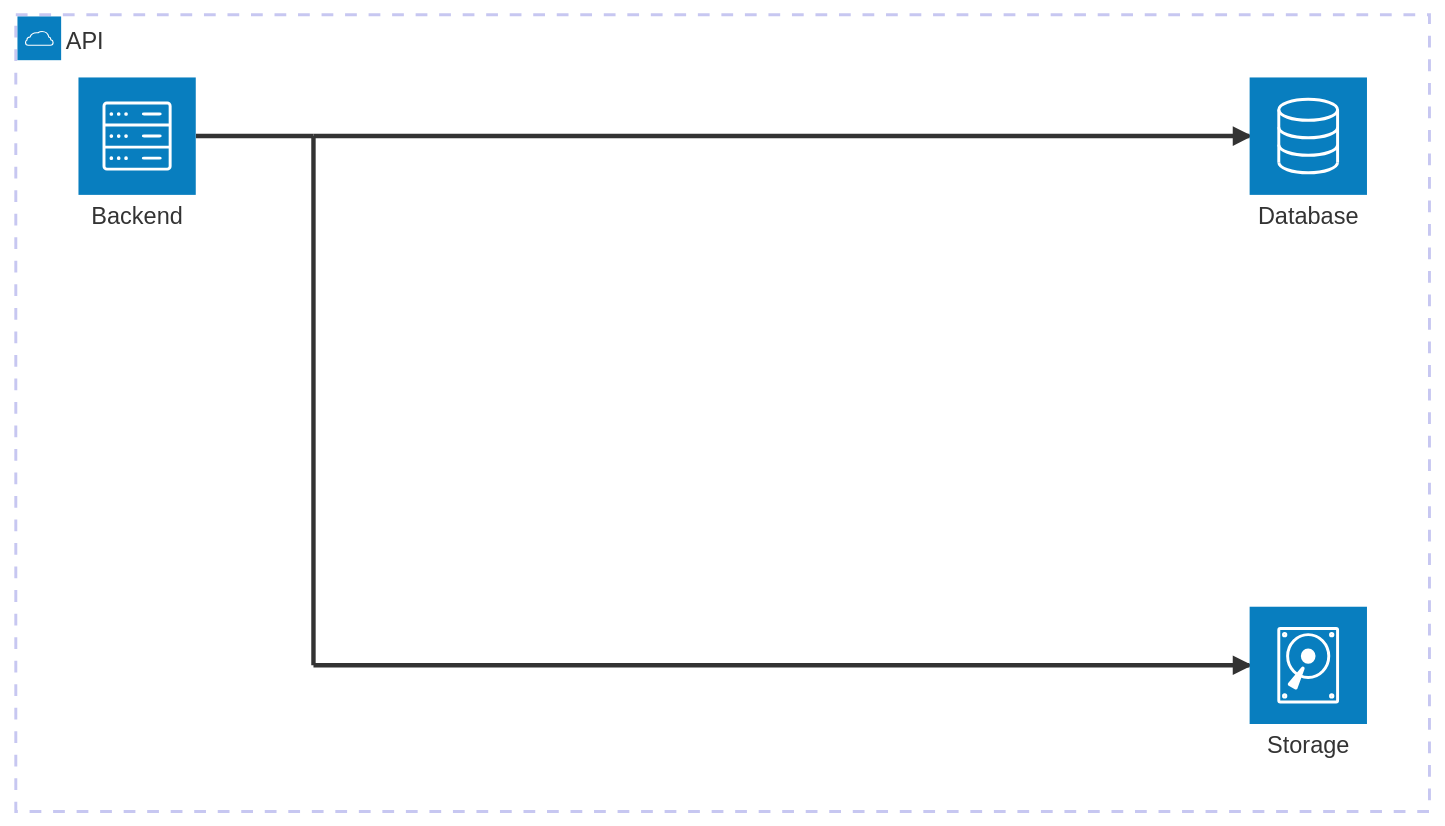
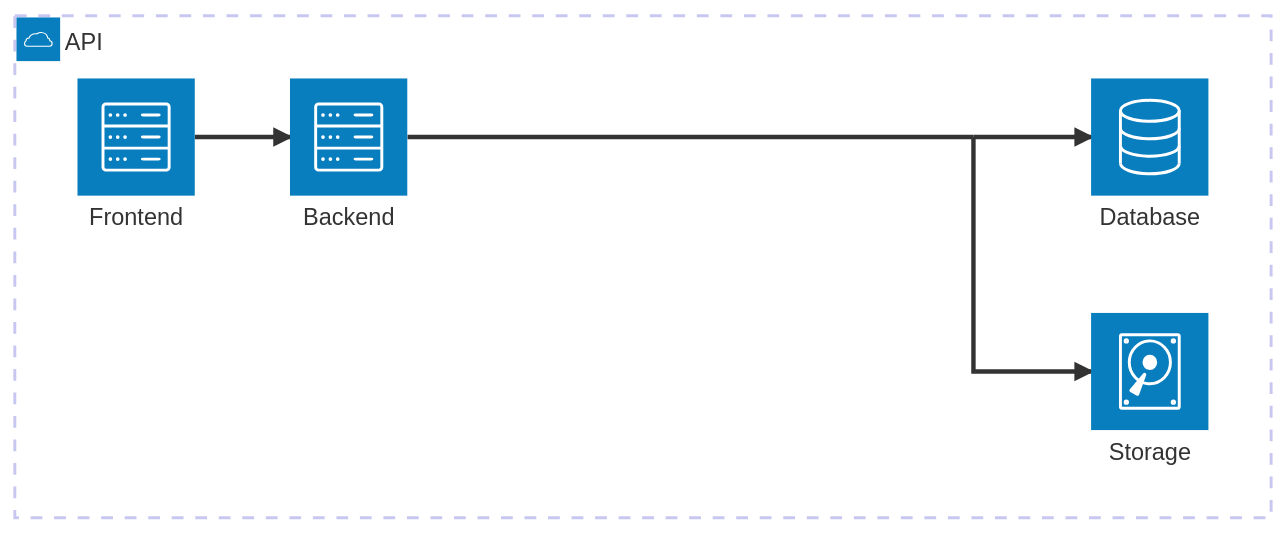
The diagram in doc/SYSTEM_ARCHITECTURE.md (gtaiyou24/saas-dashboard-boilerplate), drawn with Mermaid before and after one commit.

Commit message:
doc: doc/SYSTEM_ARCHITECTURE.md

````diff
--- a/doc/SYSTEM_ARCHITECTURE.md
+++ b/doc/SYSTEM_ARCHITECTURE.md
@@ -4,16 +4,16 @@
 ```mermaid
 architecture-beta
     group api(cloud)[API]
 
+    service frontend(server)[Frontend] in api
     service backend(server)[Backend] in api
     service db(database)[Database] in api
     service storage(disk)[Storage] in api
     
-    junction jct1
-    junction jct2
+    junction fromBackend
 
-    backend:R -- L:jct1
-    jct1:R --> L:db
-    jct1:B -- T:jct2
-    jct2:R --> L:storage
+    frontend:R --> L:backend
+    backend:R -- L:fromBackend
+    fromBackend:R --> L:db
+    fromBackend:B --> L:storage
 ```
````
